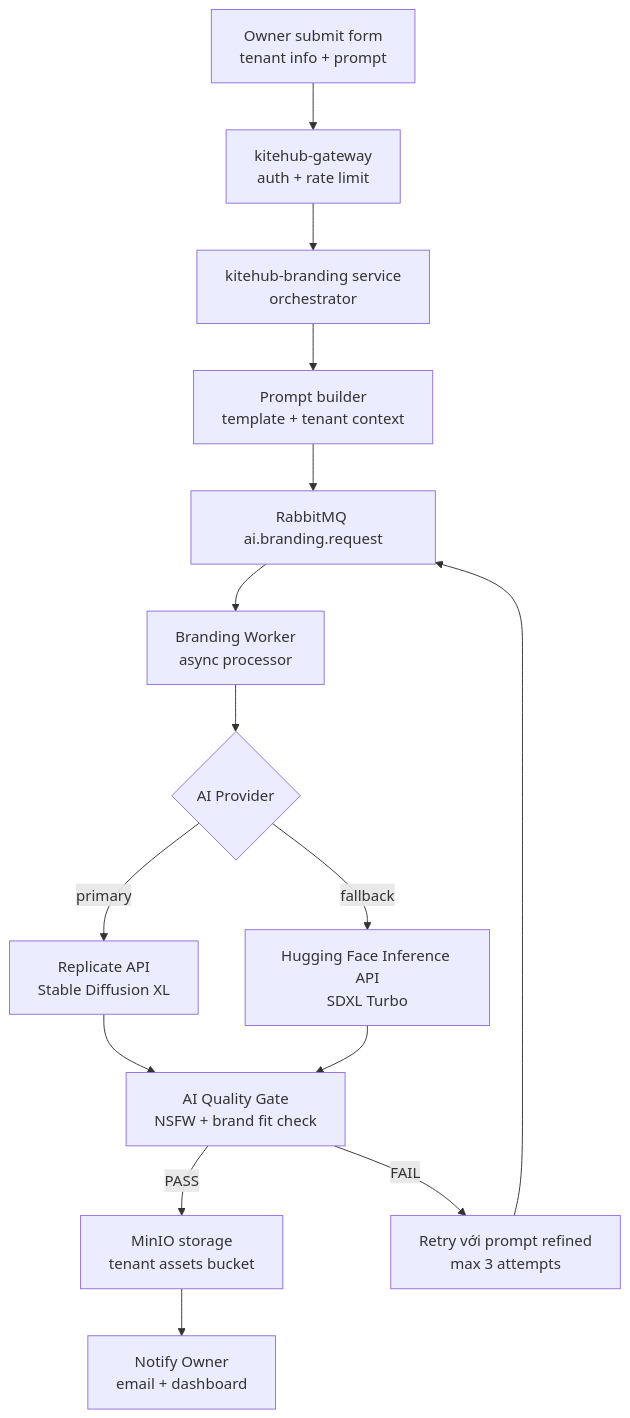
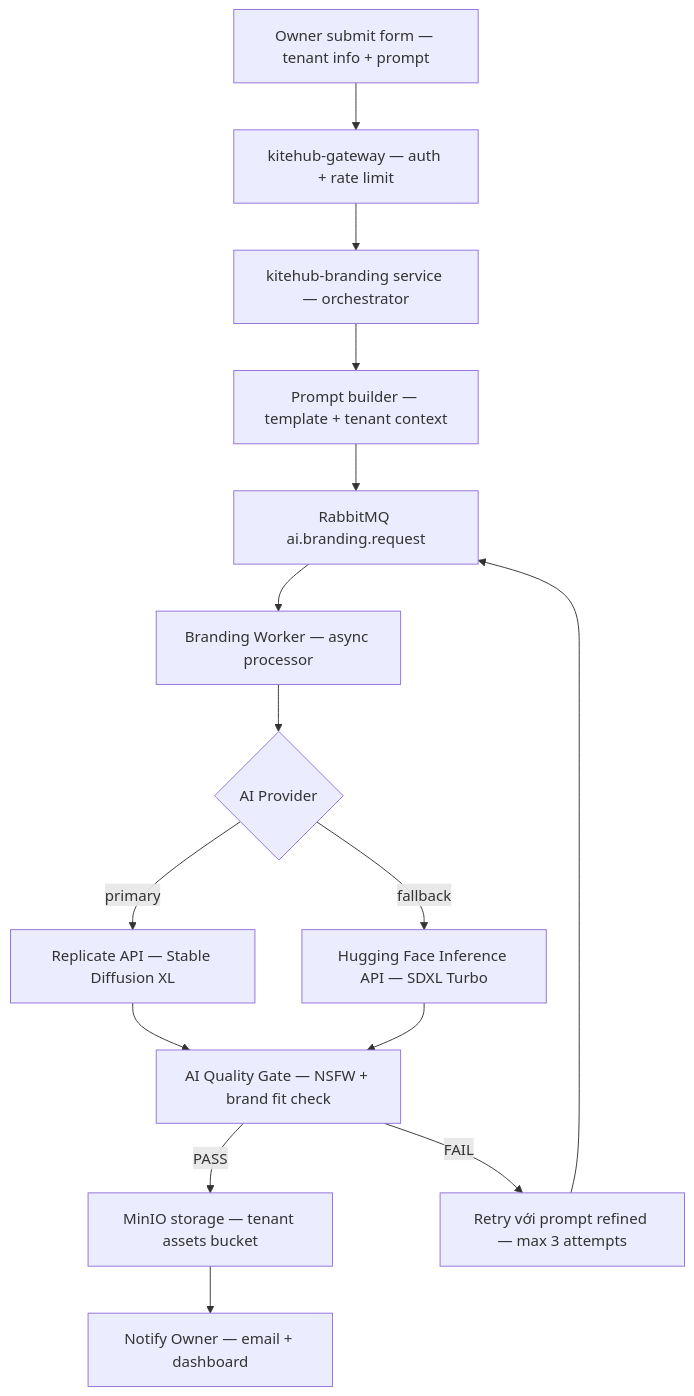
The diagram in documents/08-thesis/chapter-1-ai-techniques.md (VictorAurelius/2026-Kite-Class-Platform), drawn with Mermaid before and after one commit. The commit also changed other lines of this file and 4 other files, not shown here.

````diff
--- a/documents/08-thesis/chapter-1-ai-techniques.md
+++ b/documents/08-thesis/chapter-1-ai-techniques.md
@@ -28,18 +30,18 @@
 ```mermaid
 flowchart TD
-    Owner[Owner submit form<br/>tenant info + prompt]
-    Owner --> Gateway[kitehub-gateway<br/>auth + rate limit]
-    Gateway --> Branding[kitehub-branding service<br/>orchestrator]
-    Branding --> Prompt[Prompt builder<br/>template + tenant context]
+    Owner[Owner submit form — tenant info + prompt]
+    Owner --> Gateway[kitehub-gateway — auth + rate limit]
+    Gateway --> Branding[kitehub-branding service — orchestrator]
+    Branding --> Prompt[Prompt builder — template + tenant context]
     Prompt --> Queue[RabbitMQ ai.branding.request]
-    Queue --> Worker[Branding Worker<br/>async processor]
+    Queue --> Worker[Branding Worker — async processor]
     Worker --> Provider{AI Provider}
-    Provider -->|primary| Replicate[Replicate API<br/>Stable Diffusion XL]
-    Provider -->|fallback| HF[Hugging Face Inference API<br/>SDXL Turbo]
-    Replicate --> QG[AI Quality Gate<br/>NSFW + brand fit check]
+    Provider -->|primary| Replicate[Replicate API — Stable Diffusion XL]
+    Provider -->|fallback| HF[Hugging Face Inference API — SDXL Turbo]
+    Replicate --> QG[AI Quality Gate — NSFW + brand fit check]
     HF --> QG
-    QG -->|PASS| MinIO[MinIO storage<br/>tenant assets bucket]
-    QG -->|FAIL| Retry[Retry với prompt refined<br/>max 3 attempts]
+    QG -->|PASS| MinIO[MinIO storage — tenant assets bucket]
+    QG -->|FAIL| Retry[Retry với prompt refined — max 3 attempts]
     Retry --> Queue
-    MinIO --> Notify[Notify Owner<br/>email + dashboard]
+    MinIO --> Notify[Notify Owner — email + dashboard]
 ```
````
